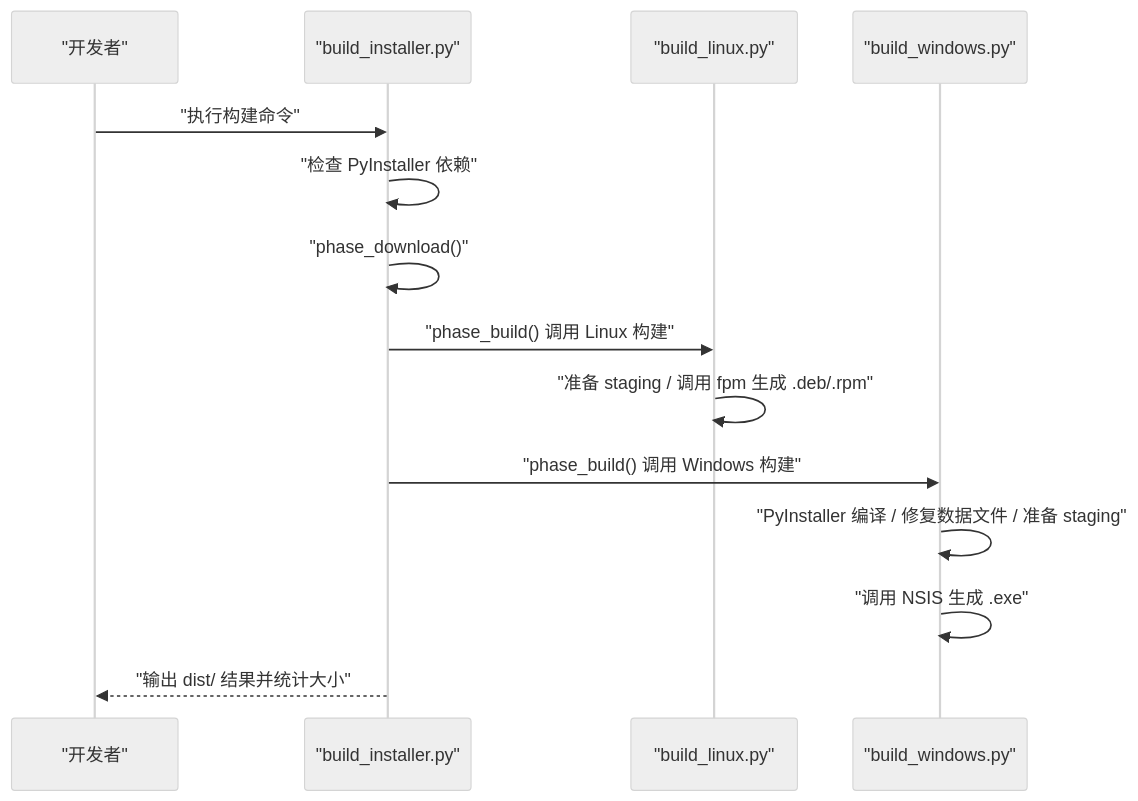
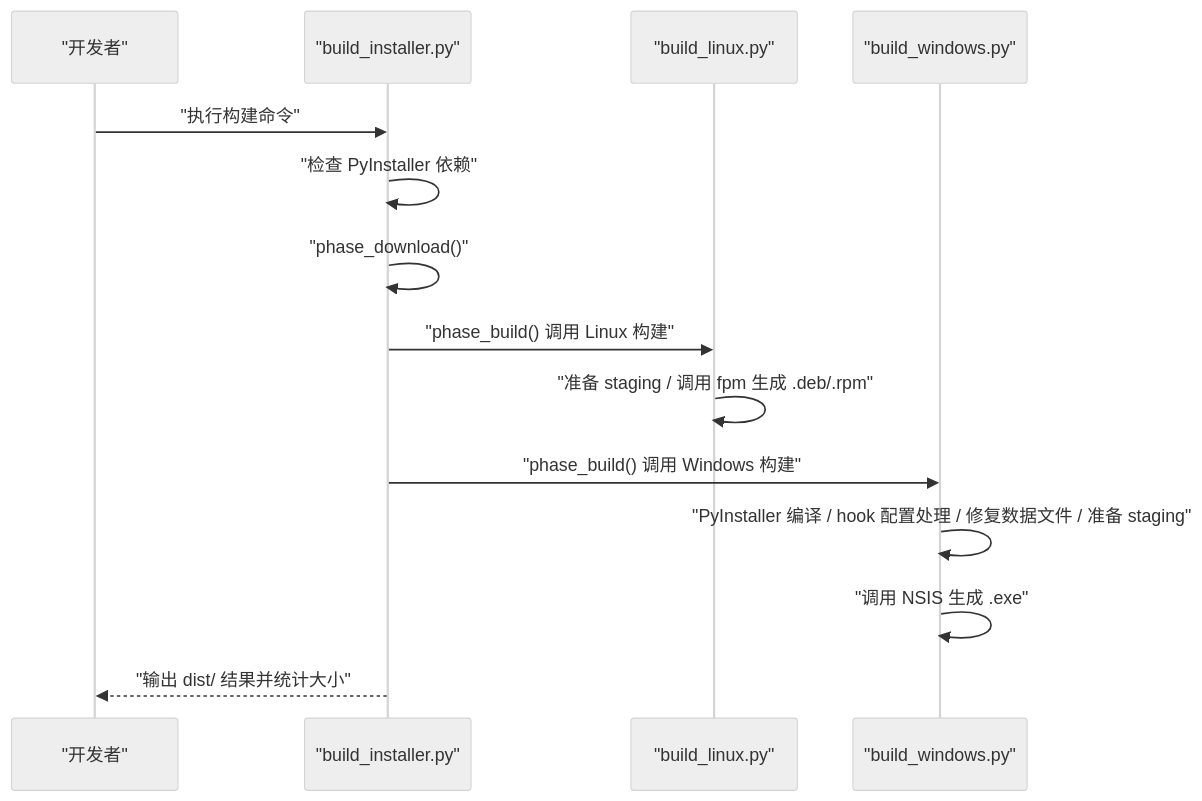
One commit to joyafa/knowledge changed the second of 5 diagrams in .qoder/repowiki/zh/content/部署与运维/安装部署脚本/安装器构建工具.md. Above: the diagram before and after it, drawn with Mermaid (neutral theme). The commit also changed other lines of this file and 14 other files, not shown here.

````diff
--- a/.qoder/repowiki/zh/content/部署与运维/安装部署脚本/安装器构建工具.md
+++ b/.qoder/repowiki/zh/content/部署与运维/安装部署脚本/安装器构建工具.md
@@ -87,16 +97,16 @@
 ```mermaid
 sequenceDiagram
 participant Dev as "开发者"
 participant BI as "build_installer.py"
 participant BL as "build_linux.py"
 participant BW as "build_windows.py"
 Dev->>BI : "执行构建命令"
 BI->>BI : "检查 PyInstaller 依赖"
 BI->>BI : "phase_download()"
 BI->>BL : "phase_build() 调用 Linux 构建"
 BL->>BL : "准备 staging / 调用 fpm 生成 .deb/.rpm"
 BI->>BW : "phase_build() 调用 Windows 构建"
-BW->>BW : "PyInstaller 编译 / 修复数据文件 / 准备 staging"
+BW->>BW : "PyInstaller 编译 / hook 配置处理 / 修复数据文件 / 准备 staging"
 BW->>BW : "调用 NSIS 生成 .exe"
 BI-->>Dev : "输出 dist/ 结果并统计大小"
 ```
````
